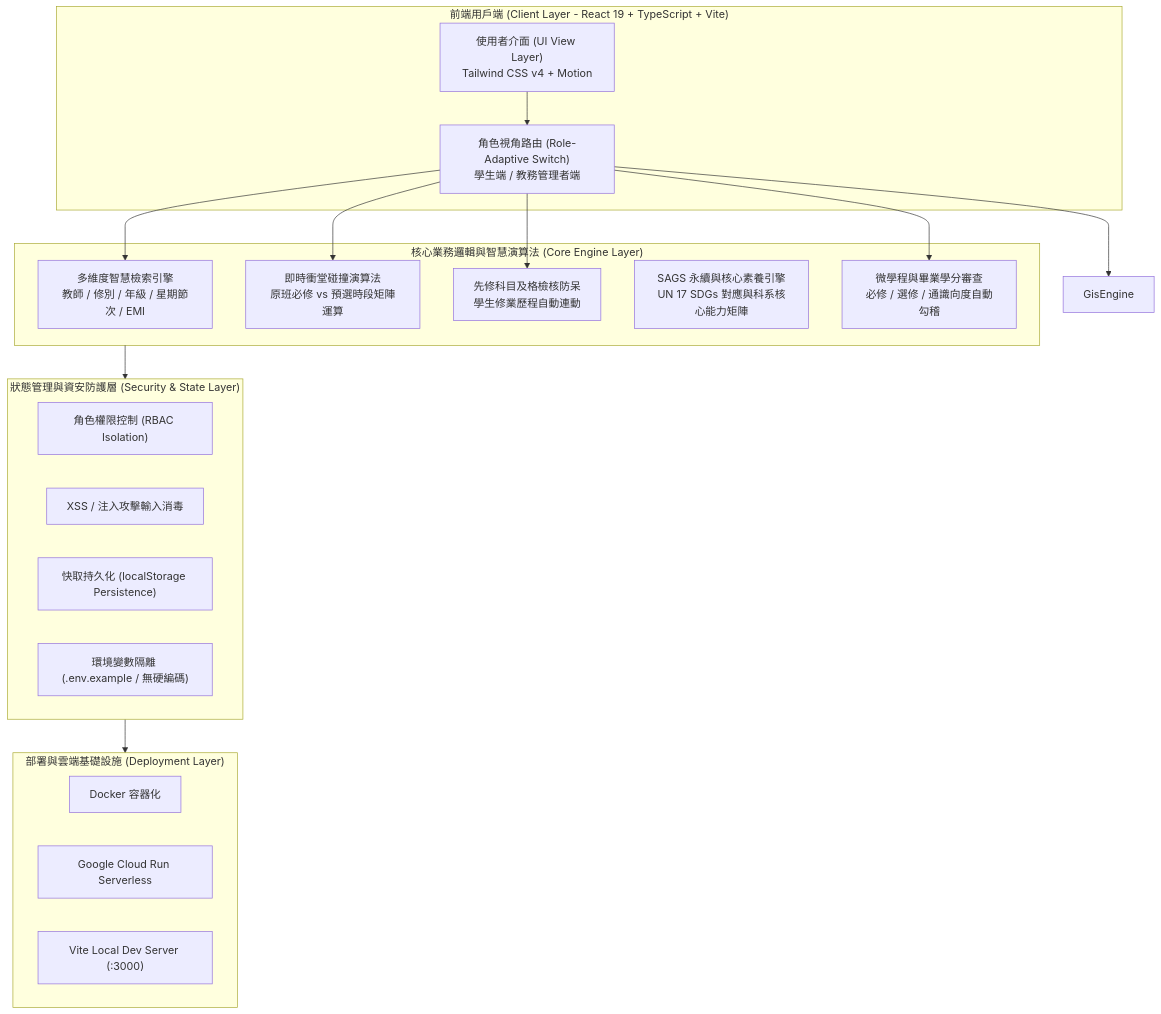
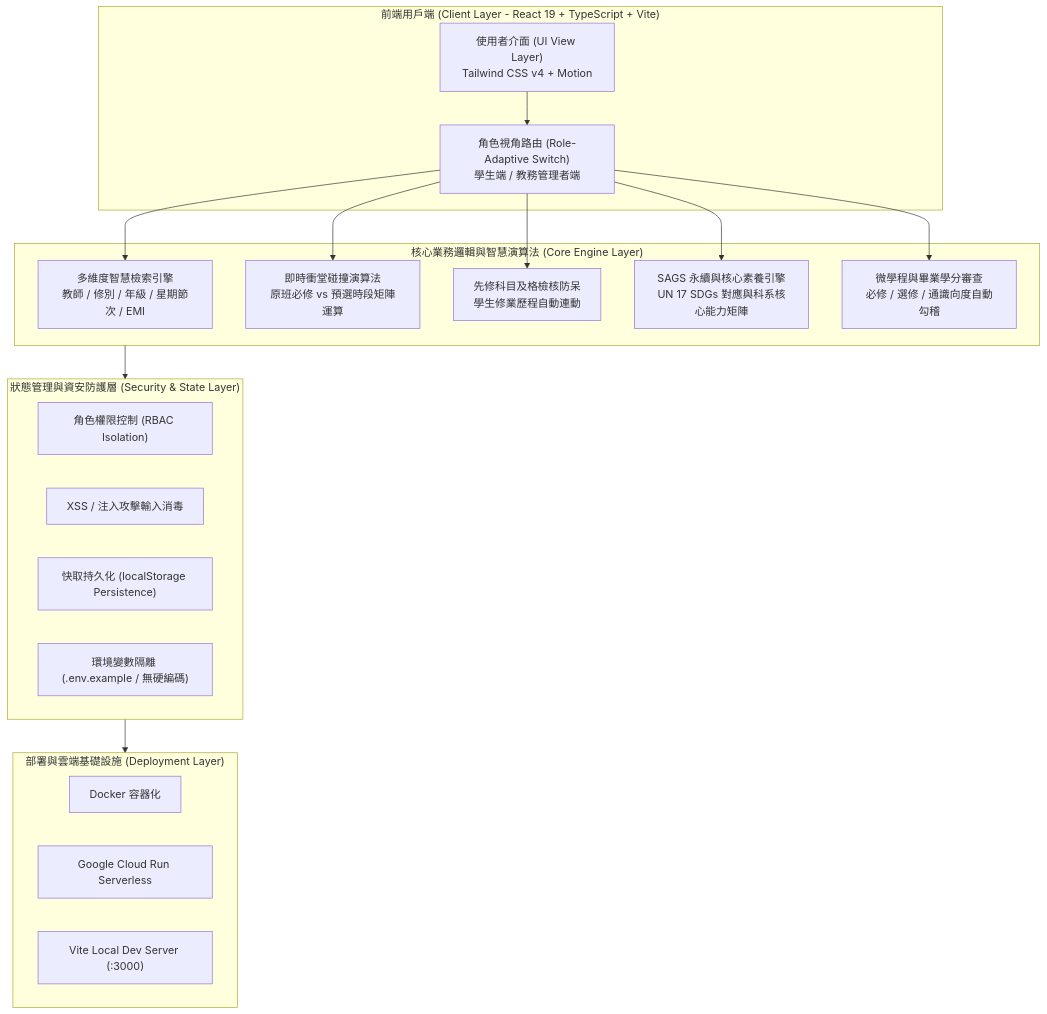
The diagram in README.md (penguoyu/Ntunhs), drawn with Mermaid before and after one commit. The commit also changed other lines of this file and 19 other files, not shown here.

````diff
--- a/README.md
+++ b/README.md
@@ -30,38 +30,38 @@
 ```mermaid
 flowchart TB
     subgraph Client ["前端用戶端 (Client Layer - React 19 + TypeScript + Vite)"]
         UI["使用者介面 (UI View Layer)<br/>Tailwind CSS v4 + Motion"]
         Router["角色視角路由 (Role-Adaptive Switch)<br/>學生端 / 教務管理者端"]
     end
 
     subgraph CoreEngines ["核心業務邏輯與智慧演算法 (Core Engine Layer)"]
         SearchEngine["多維度智慧檢索引擎<br/>教師 / 修別 / 年級 / 星期節次 / EMI"]
         ConflictEngine["即時衝堂碰撞演算法<br/>原班必修 vs 預選時段矩陣運算"]
         PrereqEngine["先修科目及格檢核防呆<br/>學生修業歷程自動連動"]
         SagsEngine["SAGS 永續與核心素養引擎<br/>UN 17 SDGs 對應與科系核心能力矩陣"]
         GraduationEngine["微學程與畢業學分審查<br/>必修 / 選修 / 通識向度自動勾稽"]
     end
 
     subgraph StateSecurity ["狀態管理與資安防護層 (Security & State Layer)"]
         RBAC["角色權限控制 (RBAC Isolation)"]
         Sanitizer["XSS / 注入攻擊輸入消毒"]
         LocalCache["快取持久化 (localStorage Persistence)"]
         EnvConfig["環境變數隔離 (.env.example / 無硬編碼)"]
     end
 
     subgraph CloudLayer ["部署與雲端基礎設施 (Deployment Layer)"]
         Docker["Docker 容器化"]
         CloudRun["Google Cloud Run Serverless"]
         LocalHost["Vite Local Dev Server (:3000)"]
     end
 
     UI --> Router
     Router --> SearchEngine
     Router --> ConflictEngine
     Router --> PrereqEngine
-    Router --> GisEngine
+    Router --> SagsEngine
     Router --> GraduationEngine
 
     CoreEngines --> StateSecurity
     StateSecurity --> CloudLayer
 ```
````
